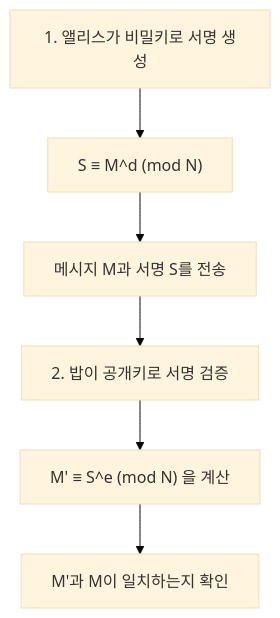
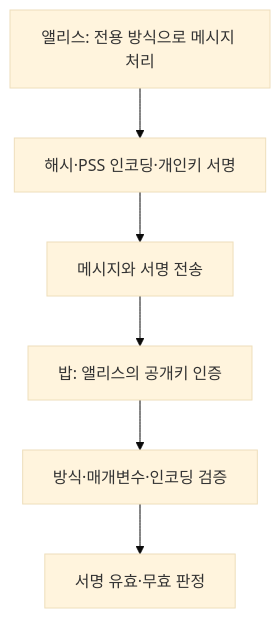
One commit to kenjinote/blog changed the third of 3 diagrams in content/post/rsa暗号の仕組みを高校生でもわかるように説明する/index.ko.md. Above: the diagram before and after it, drawn with Mermaid (base theme). The commit also changed other lines of this file and 5 other files, not shown here.

````diff
--- a/content/post/rsa暗号の仕組みを高校生でもわかるように説明する/index.ko.md
+++ b/content/post/rsa暗号の仕組みを高校生でもわかるように説明する/index.ko.md
@@ -292,9 +169,8 @@
 ```mermaid
 flowchart TD
-    A1["1. 앨리스가 비밀키로 서명 생성"] --> A2["S ≡ M^d (mod N)"]
-    A2 --> A3["메시지 M과 서명 S를 전송"]
-    
-    A3 --> B1["2. 밥이 공개키로 서명 검증"]
-    B1 --> B2["M' ≡ S^e (mod N) 을 계산"]
-    B2 --> B3["M'과 M이 일치하는지 확인"]
+    A1["앨리스: 전용 방식으로 메시지 처리"] --> A2["해시·PSS 인코딩·개인키 서명"]
+    A2 --> A3["메시지와 서명 전송"]
+    A3 --> B1["밥: 앨리스의 공개키 인증"]
+    B1 --> B2["방식·매개변수·인코딩 검증"]
+    B2 --> B3["서명 유효·무효 판정"]
 ```
````
